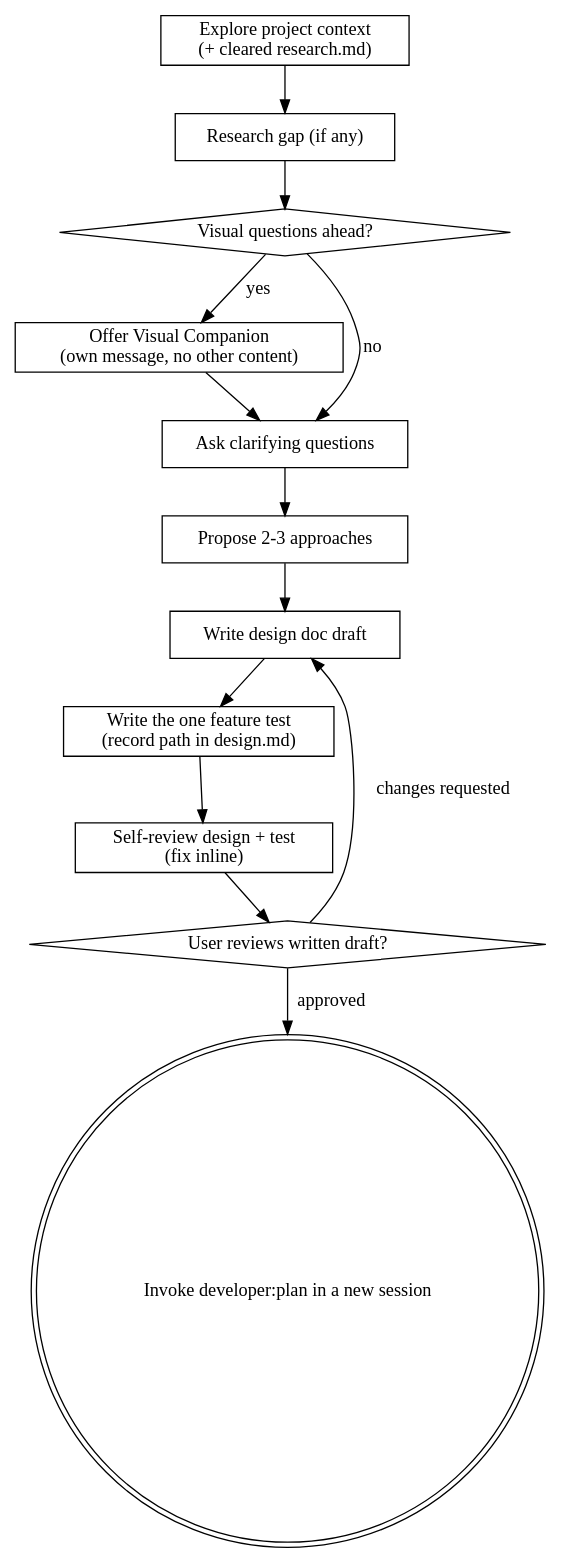
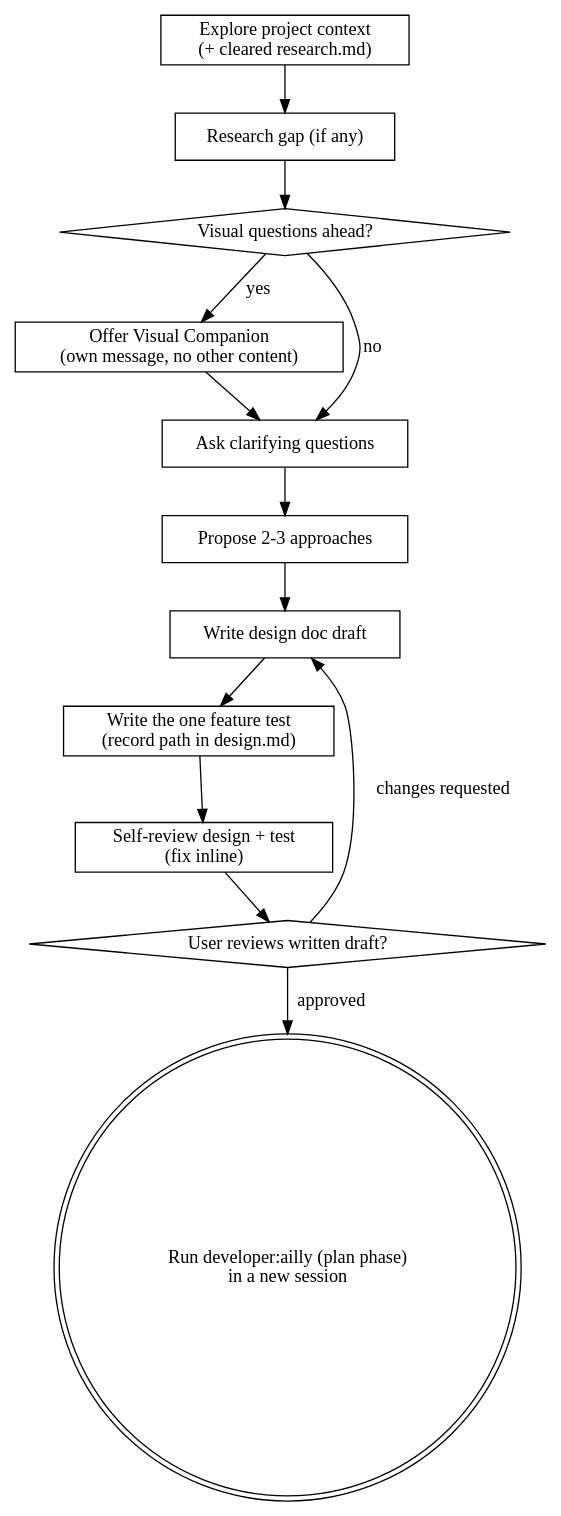
One commit to DavidSouther/domain-driven-design changed the diagram in developer/skills/ailly/references/phases/design.md. Above: the diagram before and after it, drawn with Graphviz. The commit also changed other lines of this file and 57 other files, not shown here.

````diff
--- a/developer/skills/ailly/references/phases/design.md
+++ b/developer/skills/ailly/references/phases/design.md
@@ -70,28 +70,28 @@
 ```dot
 digraph brainstorming {
     explore [shape=box label="Explore project context\n(+ cleared research.md)"];
     research [shape=box label="Research gap (if any)"];
     visual_q [shape=diamond label="Visual questions ahead?"];
     visual [shape=box label="Offer Visual Companion\n(own message, no other content)"];
     clarify [shape=box label="Ask clarifying questions"];
     propose [shape=box label="Propose 2-3 approaches"];
     write [shape=box label="Write design doc draft"];
     test [shape=box label="Write the one feature test\n(record path in design.md)"];
     review [shape=box label="Self-review design + test\n(fix inline)"];
     user_review [shape=diamond label="User reviews written draft?"];
-    done [shape=doublecircle label="Invoke developer:plan in a new session"];
+    done [shape=doublecircle label="Run developer:ailly (plan phase)\nin a new session"];
 
     explore -> research;
     research -> visual_q;
     visual_q -> visual [label="yes"];
     visual_q -> clarify [label="no"];
     visual -> clarify;
     clarify -> propose;
     propose -> write;
     write -> test;
     test -> review;
     review -> user_review;
     user_review -> write [label="changes requested"];
     user_review -> done [label="approved"];
 }
 ```
````
